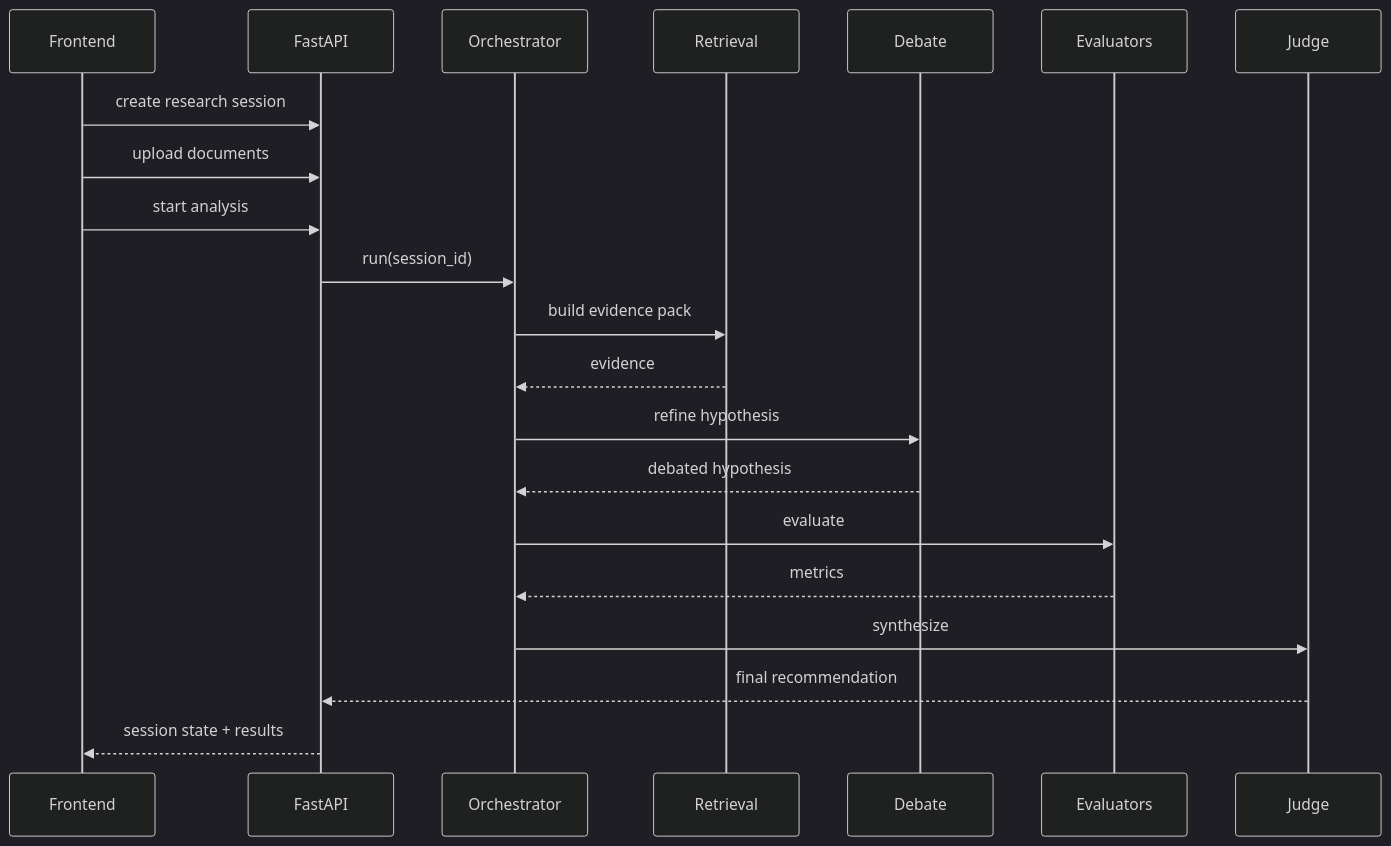
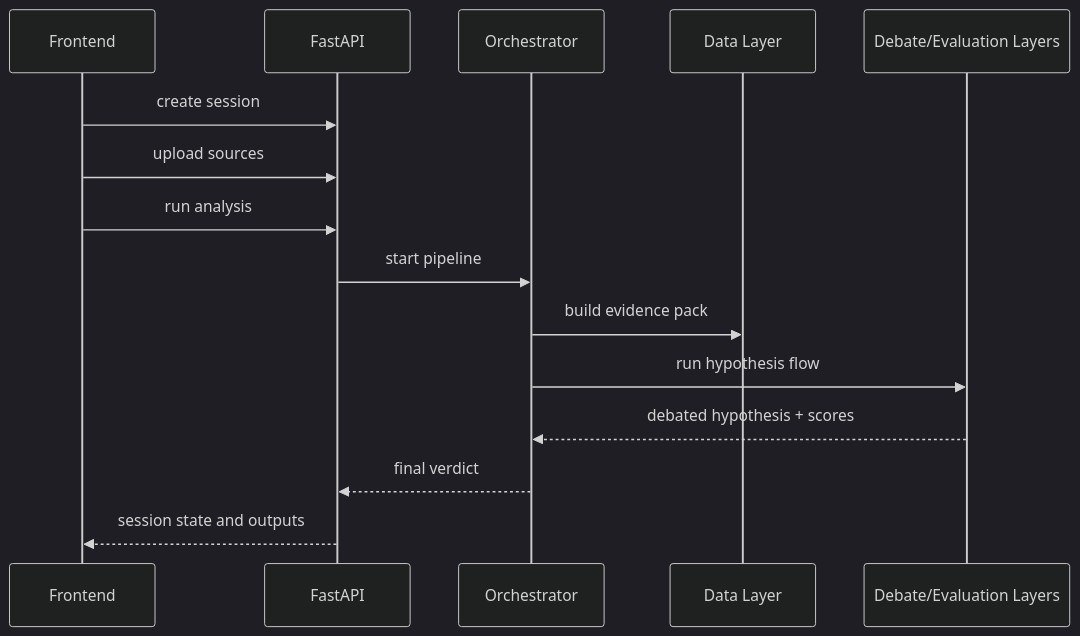
One commit to KroJIak/hypothesis-court changed the diagram in docs/architecture/03-Backend.md. Above: the diagram before and after it, drawn with Mermaid (dark theme). The commit also changed other lines of this file and 35 other files, not shown here.

````diff
--- a/docs/architecture/03-Backend.md
+++ b/docs/architecture/03-Backend.md
@@ -80,24 +60,18 @@
 ```mermaid
 sequenceDiagram
     participant UI as Frontend
     participant API as FastAPI
     participant ORCH as Orchestrator
-    participant RET as Retrieval
-    participant DEB as Debate
-    participant EVA as Evaluators
-    participant J as Judge
+    participant DATA as Data Layer
+    participant AI as Debate/Evaluation Layers
 
-    UI->>API: create research session
-    UI->>API: upload documents
-    UI->>API: start analysis
-    API->>ORCH: run(session_id)
-    ORCH->>RET: build evidence pack
-    RET-->>ORCH: evidence
-    ORCH->>DEB: refine hypothesis
-    DEB-->>ORCH: debated hypothesis
-    ORCH->>EVA: evaluate
-    EVA-->>ORCH: metrics
-    ORCH->>J: synthesize
-    J-->>API: final recommendation
-    API-->>UI: session state + results
+    UI->>API: create session
+    UI->>API: upload sources
+    UI->>API: run analysis
+    API->>ORCH: start pipeline
+    ORCH->>DATA: build evidence pack
+    ORCH->>AI: run hypothesis flow
+    AI-->>ORCH: debated hypothesis + scores
+    ORCH-->>API: final verdict
+    API-->>UI: session state and outputs
 ```
````
